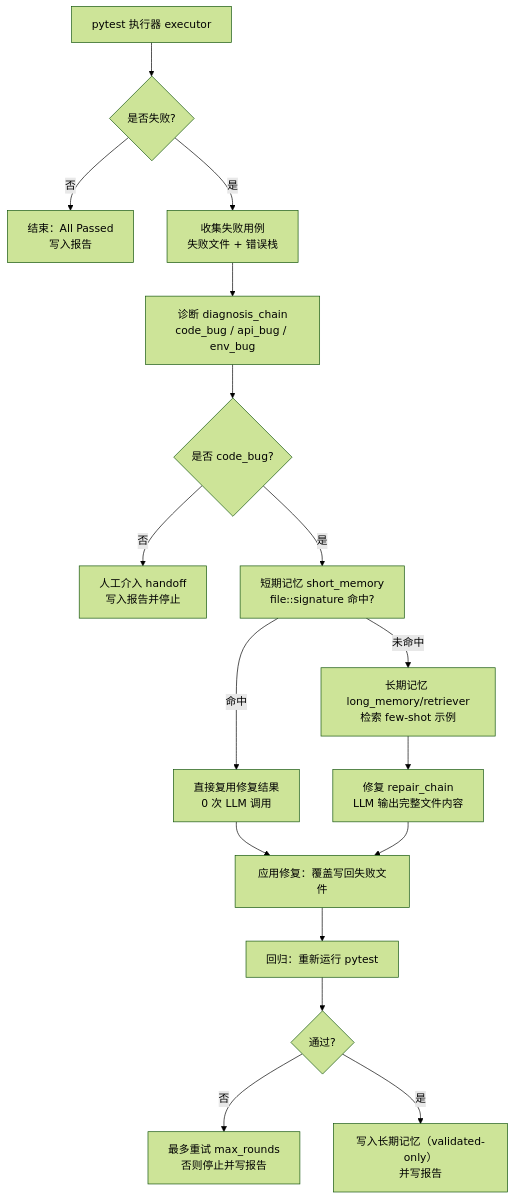
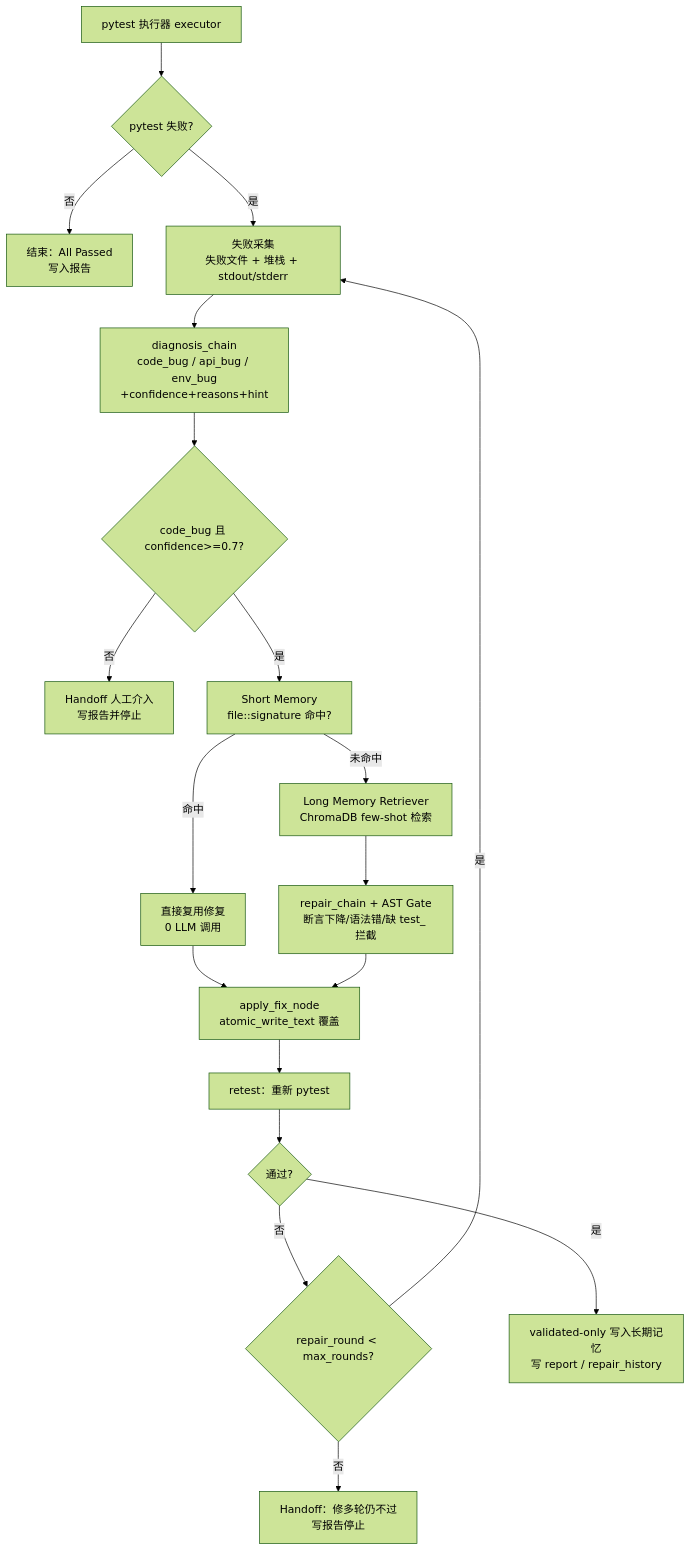
Before and after one commit to hanxiwei/api_test_agent_pro: the second of 2 diagrams in README.md, drawn with Mermaid (forest theme). The commit also changed other lines of this file, not shown here.

Commit message:
docs: restructure README (badges, background, features, arch, roadmap)

````diff
--- a/README.md
+++ b/README.md
@@ -48,23 +132,21 @@
 ```mermaid
 flowchart TD
-  A[pytest 执行器 executor] --> B{是否失败?}
+  A[pytest 执行器 executor] --> B{pytest 失败?}
   B -- 否 --> C[结束：All Passed<br/>写入报告]
-
-  B -- 是 --> D[收集失败用例<br/>失败文件 + 错误栈]
-  D --> E[诊断 diagnosis_chain<br/>code_bug / api_bug / env_bug]
-  E --> F{是否 code_bug?}
-
-  F -- 否 --> G[人工介入 handoff<br/>写入报告并停止]
-
-  F -- 是 --> H[短期记忆 short_memory<br/>file::signature 命中?]
-  H -- 命中 --> I[直接复用修复结果<br/>0 次 LLM 调用]
-  H -- 未命中 --> J[长期记忆 long_memory/retriever<br/>检索 few-shot 示例]
-  J --> K[修复 repair_chain<br/>LLM 输出完整文件内容]
-
-  I --> L[应用修复：覆盖写回失败文件]
+  B -- 是 --> D[失败采集<br/>失败文件 + 堆栈 + stdout/stderr]
+  D --> E[diagnosis_chain<br/>code_bug / api_bug / env_bug<br/>+confidence+reasons+hint]
+  E --> F{code_bug 且 confidence>=0.7?}
+  F -- 否 --> G[Handoff 人工介入<br/>写报告并停止]
+  F -- 是 --> H[Short Memory<br/>file::signature 命中?]
+  H -- 命中 --> I[直接复用修复<br/>0 LLM 调用]
+  H -- 未命中 --> J[Long Memory Retriever<br/>ChromaDB few-shot 检索]
+  J --> K[repair_chain + AST Gate<br/>断言下降/语法错/缺 test_ 拦截]
+  I --> L[apply_fix_node<br/>atomic_write_text 覆盖]
   K --> L
-  L --> M[回归：重新运行 pytest]
+  L --> M[retest：重新 pytest]
   M --> N{通过?}
-  N -- 否 --> O[最多重试 max_rounds<br/>否则停止并写报告]
-  N -- 是 --> P[写入长期记忆（validated-only）<br/>并写报告]
+  N -- 否 --> O{repair_round < max_rounds?}
+  O -- 是 --> D
+  O -- 否 --> P[Handoff：修多轮仍不过<br/>写报告停止]
+  N -- 是 --> Q[validated-only 写入长期记忆<br/>写 report / repair_history]
 ```
````
